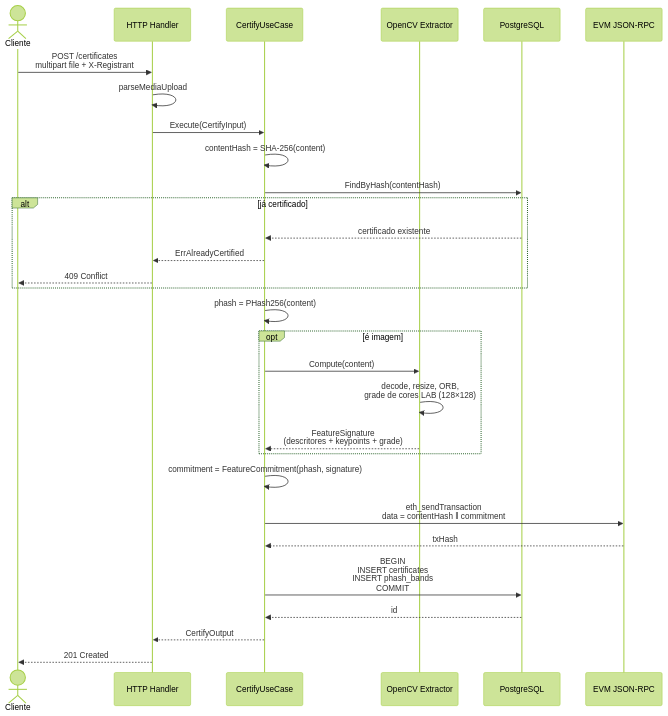
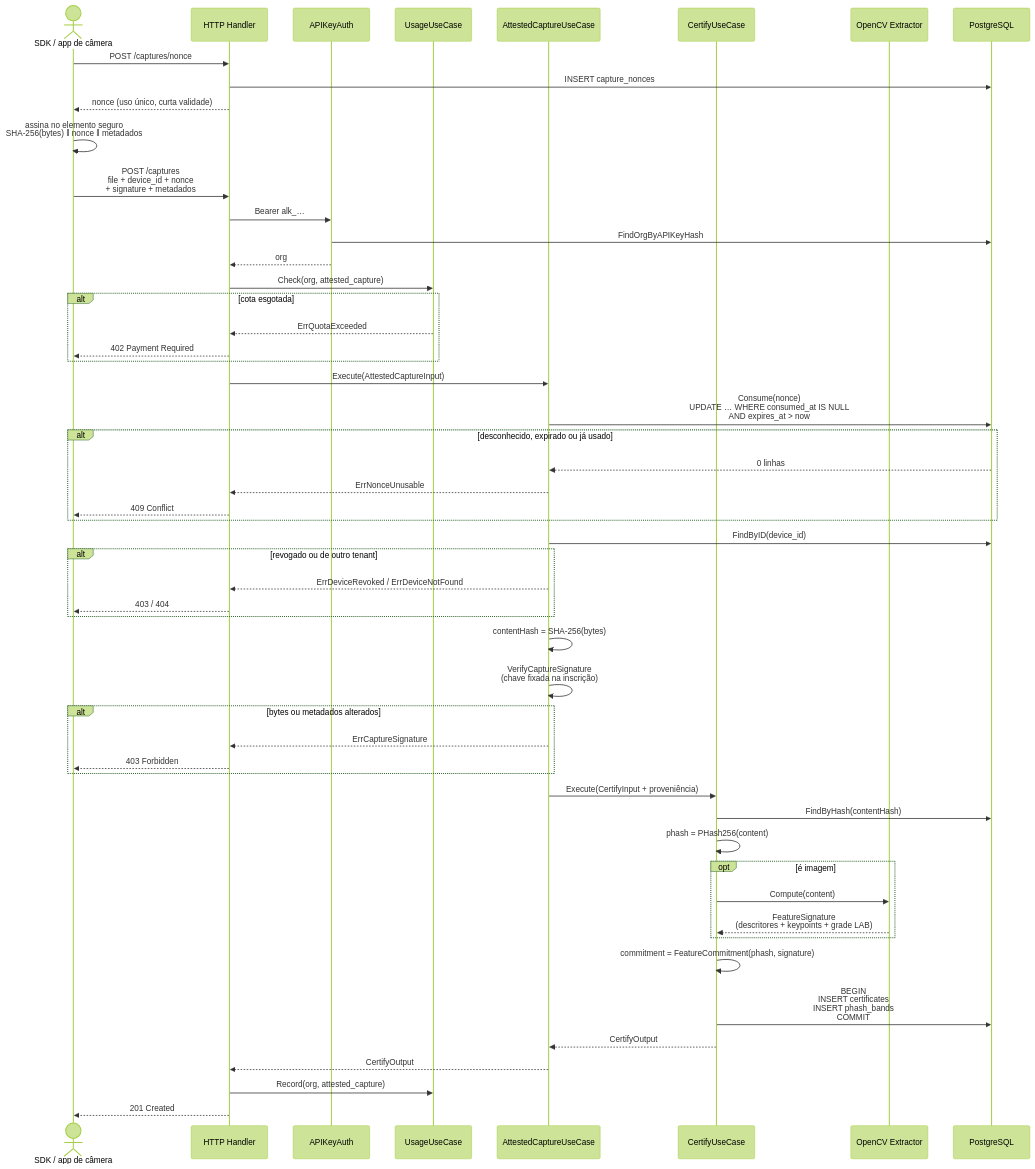
Before and after one commit to waizbart/aletheia-api: the first of 4 diagrams in docs/SEQUENCE_DIAGRAM.md, drawn with Mermaid (forest theme). The commit also changed other lines of this file and 93 other files, not shown here.

First line of the commit message:
Production readiness: attested capture, tenancy, batched anchoring (#21)

````diff
--- a/docs/SEQUENCE_DIAGRAM.md
+++ b/docs/SEQUENCE_DIAGRAM.md
@@ -8,40 +8,65 @@
 ```mermaid
 sequenceDiagram
-    actor U as Cliente
+    actor SDK as SDK / app de câmera
     participant API as HTTP Handler
-    participant UC as CertifyUseCase
+    participant AUTH as APIKeyAuth
+    participant Q as UsageUseCase
+    participant UC as AttestedCaptureUseCase
+    participant CERT as CertifyUseCase
     participant CV as OpenCV Extractor
     participant DB as PostgreSQL
-    participant SC as EVM JSON-RPC
 
-    U->>API: POST /certificates<br/>multipart file + X-Registrant
-    API->>API: parseMediaUpload
-    API->>UC: Execute(CertifyInput)
+    SDK->>API: POST /captures/nonce
+    API->>DB: INSERT capture_nonces
+    API-->>SDK: nonce (uso único, curta validade)
 
-    UC->>UC: contentHash = SHA-256(content)
-    UC->>DB: FindByHash(contentHash)
+    SDK->>SDK: assina no elemento seguro<br/>SHA-256(bytes) ‖ nonce ‖ metadados
 
-    alt já certificado
-        DB-->>UC: certificado existente
-        UC-->>API: ErrAlreadyCertified
-        API-->>U: 409 Conflict
+    SDK->>API: POST /captures<br/>file + device_id + nonce<br/>+ signature + metadados
+    API->>AUTH: Bearer alk_…
+    AUTH->>DB: FindOrgByAPIKeyHash
+    AUTH-->>API: org
+
+    API->>Q: Check(org, attested_capture)
+    alt cota esgotada
+        Q-->>API: ErrQuotaExceeded
+        API-->>SDK: 402 Payment Required
     end
 
-    UC->>UC: phash = PHash256(content)
+    API->>UC: Execute(AttestedCaptureInput)
 
-    opt é imagem
-        UC->>CV: Compute(content)
-        CV->>CV: decode, resize, ORB,<br/>grade de cores LAB (128×128)
-        CV-->>UC: FeatureSignature<br/>(descritores + keypoints + grade)
+    UC->>DB: Consume(nonce)<br/>UPDATE … WHERE consumed_at IS NULL<br/>AND expires_at > now
+    alt desconhecido, expirado ou já usado
+        DB-->>UC: 0 linhas
+        UC-->>API: ErrNonceUnusable
+        API-->>SDK: 409 Conflict
     end
 
-    UC->>UC: commitment = FeatureCommitment(phash, signature)
-    UC->>SC: eth_sendTransaction<br/>data = contentHash ‖ commitment
-    SC-->>UC: txHash
+    UC->>DB: FindByID(device_id)
+    alt revogado ou de outro tenant
+        UC-->>API: ErrDeviceRevoked / ErrDeviceNotFound
+        API-->>SDK: 403 / 404
+    end
 
-    UC->>DB: BEGIN<br/>INSERT certificates<br/>INSERT phash_bands<br/>COMMIT
-    DB-->>UC: id
+    UC->>UC: contentHash = SHA-256(bytes)
+    UC->>UC: VerifyCaptureSignature<br/>(chave fixada na inscrição)
+    alt bytes ou metadados alterados
+        UC-->>API: ErrCaptureSignature
+        API-->>SDK: 403 Forbidden
+    end
 
+    UC->>CERT: Execute(CertifyInput + proveniência)
+    CERT->>DB: FindByHash(contentHash)
+    CERT->>CERT: phash = PHash256(content)
+    opt é imagem
+        CERT->>CV: Compute(content)
+        CV-->>CERT: FeatureSignature<br/>(descritores + keypoints + grade LAB)
+    end
+    CERT->>CERT: commitment = FeatureCommitment(phash, signature)
+    CERT->>DB: BEGIN<br/>INSERT certificates<br/>INSERT phash_bands<br/>COMMIT
+
+    CERT-->>UC: CertifyOutput
     UC-->>API: CertifyOutput
-    API-->>U: 201 Created
+    API->>Q: Record(org, attested_capture)
+    API-->>SDK: 201 Created
 ```
````
